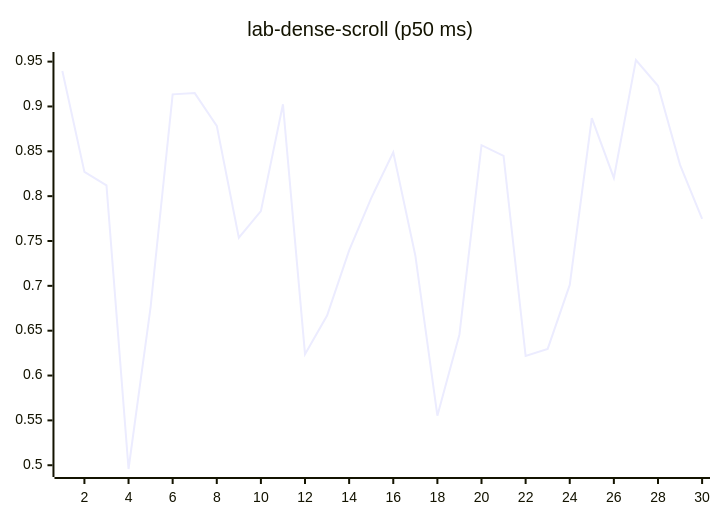
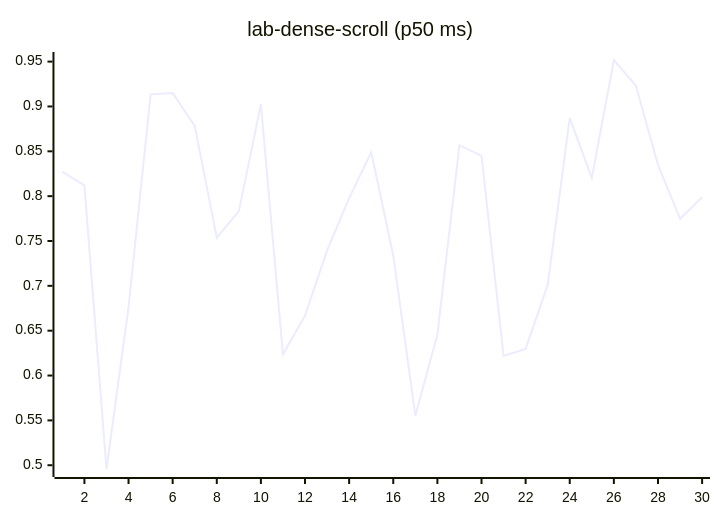
Before and after one commit to josha/Facet: diagram 12 of 27 in README.md, drawn with Mermaid. The commit also changed other lines of this file and 2 other files, not shown here.

````diff
--- a/README.md
+++ b/README.md
@@ -140,6 +140,6 @@
 ```mermaid
 xychart-beta
     title "lab-dense-scroll (p50 ms)"
     x-axis 1 --> 30
-    line [0.9396, 0.8271, 0.8121, 0.4958, 0.6764, 0.9135, 0.9149, 0.8783, 0.7537, 0.7833, 0.9024, 0.6238, 0.6669, 0.7395, 0.7979, 0.8489, 0.7339, 0.5552, 0.6458, 0.8568, 0.8450, 0.6219, 0.6297, 0.7010, 0.8871, 0.8203, 0.9518, 0.9230, 0.8349, 0.7748]
+    line [0.8271, 0.8121, 0.4958, 0.6764, 0.9135, 0.9149, 0.8783, 0.7537, 0.7833, 0.9024, 0.6238, 0.6669, 0.7395, 0.7979, 0.8489, 0.7339, 0.5552, 0.6458, 0.8568, 0.8450, 0.6219, 0.6297, 0.7010, 0.8871, 0.8203, 0.9518, 0.9230, 0.8349, 0.7748, 0.7987]
 ```
````
